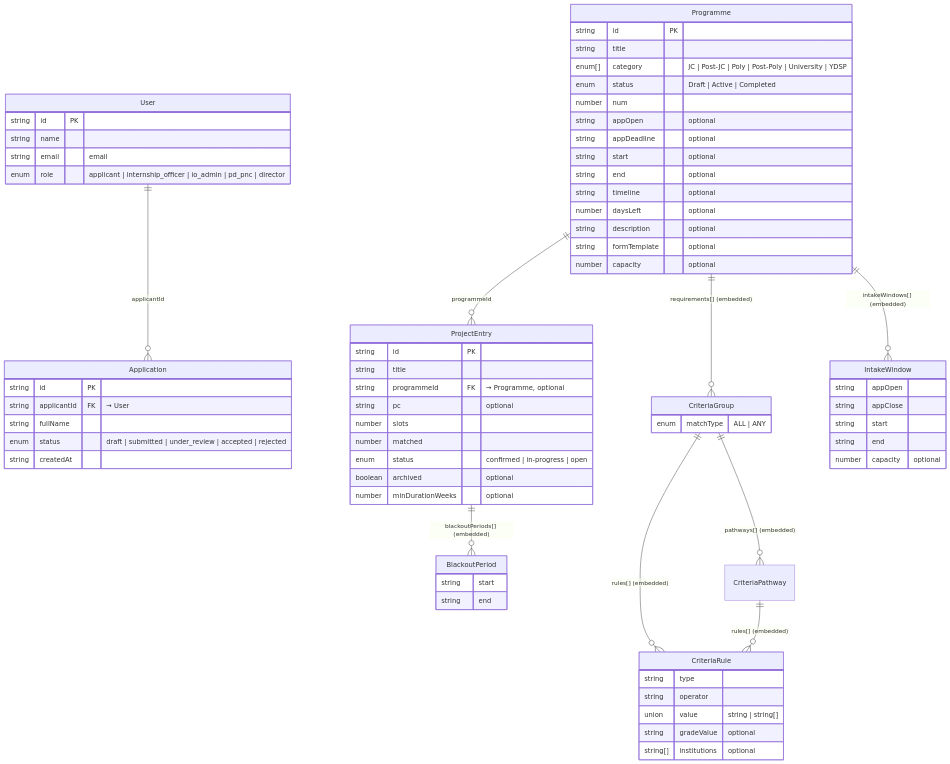
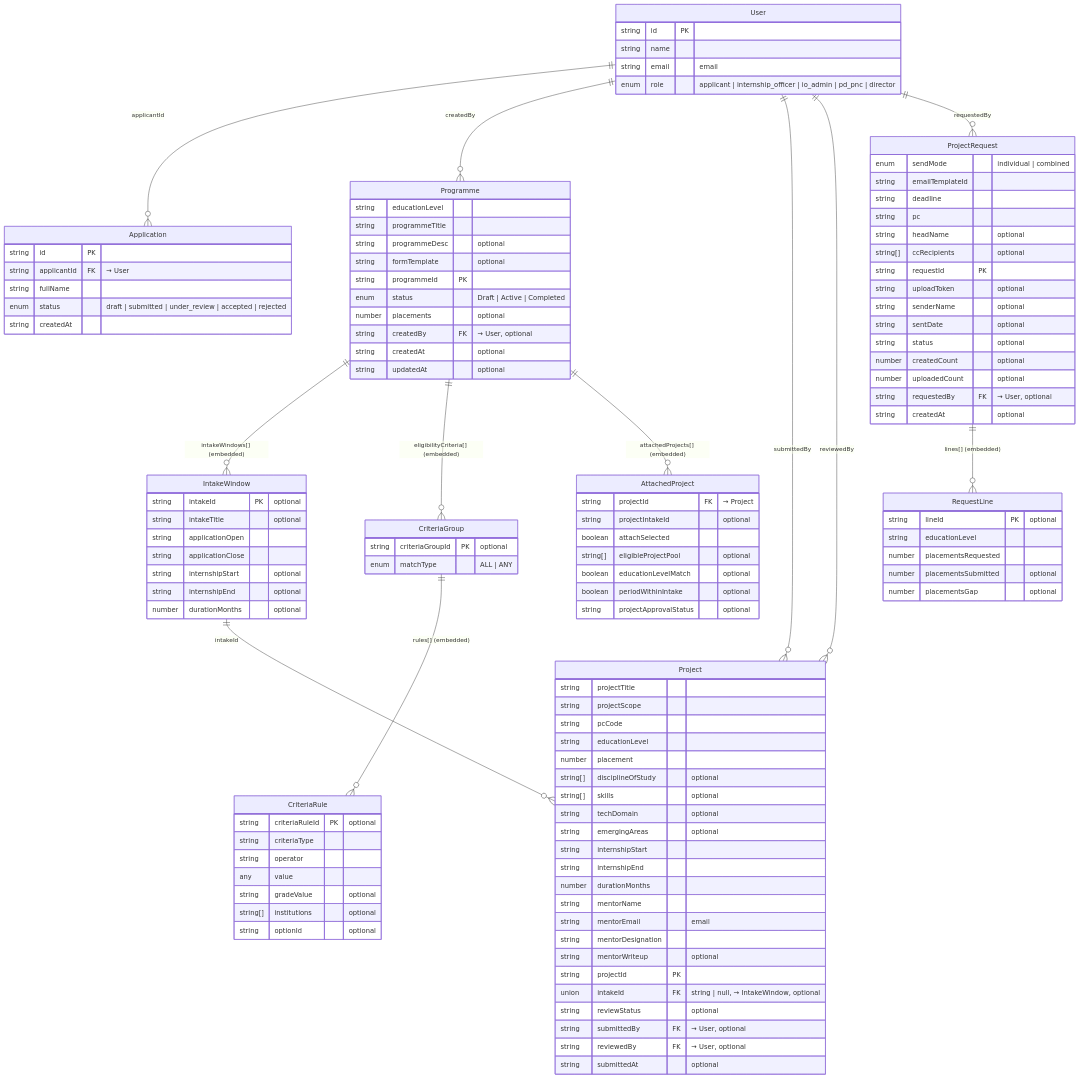
Before and after one commit to ChromeEagle99/toa-internship-prototype: the diagram in docs/data-model.md, drawn with Mermaid. The commit also changed other lines of this file and 1 other file, not shown here.

Commit message:
updated the diagram

````diff
--- a/docs/data-model.md
+++ b/docs/data-model.md
@@ -18,13 +18,16 @@
 ```mermaid
 erDiagram
     User ||--o{ Application : "applicantId"
-    Programme ||--o{ ProjectEntry : "programmeId"
-    Programme ||--o{ CriteriaGroup : "requirements[] (embedded)"
+    User ||--o{ Programme : "createdBy"
+    IntakeWindow ||--o{ Project : "intakeId"
+    User ||--o{ Project : "submittedBy"
+    User ||--o{ Project : "reviewedBy"
+    User ||--o{ ProjectRequest : "requestedBy"
     Programme ||--o{ IntakeWindow : "intakeWindows[] (embedded)"
-    ProjectEntry ||--o{ BlackoutPeriod : "blackoutPeriods[] (embedded)"
+    Programme ||--o{ CriteriaGroup : "eligibilityCriteria[] (embedded)"
+    Programme ||--o{ AttachedProject : "attachedProjects[] (embedded)"
+    ProjectRequest ||--o{ RequestLine : "lines[] (embedded)"
     CriteriaGroup ||--o{ CriteriaRule : "rules[] (embedded)"
-    CriteriaGroup ||--o{ CriteriaPathway : "pathways[] (embedded)"
-    CriteriaPathway ||--o{ CriteriaRule : "rules[] (embedded)"
 
     User {
         string id PK
@@ -40,53 +43,94 @@
         string createdAt
     }
     Programme {
-        string id PK
-        string title
-        enum[] category "JC | Post-JC | Poly | Post-Poly | University | YDSP"
+        string educationLevel
+        string programmeTitle
+        string programmeDesc "optional"
+        string formTemplate "optional"
+        string programmeId PK
         enum status "Draft | Active | Completed"
-        number num
-        string appOpen "optional"
-        string appDeadline "optional"
-        string start "optional"
-        string end "optional"
-        string timeline "optional"
-        number daysLeft "optional"
-        string description "optional"
-        string formTemplate "optional"
-        number capacity "optional"
+        number placements "optional"
+        string createdBy FK "→ User, optional"
+        string createdAt "optional"
+        string updatedAt "optional"
     }
-    ProjectEntry {
-        string id PK
-        string title
-        string programmeId FK "→ Programme, optional"
-        string pc "optional"
-        number slots
-        number matched
-        enum status "confirmed | in-progress | open"
-        boolean archived "optional"
-        number minDurationWeeks "optional"
+    Project {
+        string projectTitle
+        string projectScope
+        string pcCode
+        string educationLevel
+        number placement
+        string[] disciplineOfStudy "optional"
+        string[] skills "optional"
+        string techDomain "optional"
+        string emergingAreas "optional"
+        string internshipStart
+        string internshipEnd
+        number durationMonths
+        string mentorName
+        string mentorEmail "email"
+        string mentorDesignation
+        string mentorWriteup "optional"
+        string projectId PK
+        union intakeId FK "string | null, → IntakeWindow, optional"
+        string reviewStatus "optional"
+        string submittedBy FK "→ User, optional"
+        string reviewedBy FK "→ User, optional"
+        string submittedAt "optional"
+    }
+    ProjectRequest {
+        enum sendMode "individual | combined"
+        string emailTemplateId
+        string deadline
+        string pc
+        string headName "optional"
+        string[] ccRecipients "optional"
+        string requestId PK
+        string uploadToken "optional"
+        string senderName "optional"
+        string sentDate "optional"
+        string status "optional"
+        number createdCount "optional"
+        number uploadedCount "optional"
+        string requestedBy FK "→ User, optional"
+        string createdAt "optional"
     }
     CriteriaGroup {
+        string criteriaGroupId PK "optional"
         enum matchType "ALL | ANY"
     }
-    CriteriaPathway {
-    }
     CriteriaRule {
-        string type
+        string criteriaRuleId PK "optional"
+        string criteriaType
         string operator
-        union value "string | string[]"
+        any value
         string gradeValue "optional"
         string[] institutions "optional"
+        string optionId "optional"
     }
     IntakeWindow {
-        string appOpen
-        string appClose
-        string start
-        string end
-        number capacity "optional"
+        string intakeId PK "optional"
+        string intakeTitle "optional"
+        string applicationOpen
+        string applicationClose
+        string internshipStart "optional"
+        string internshipEnd "optional"
+        number durationMonths "optional"
     }
-    BlackoutPeriod {
-        string start
-        string end
+    AttachedProject {
+        string projectId FK "→ Project"
+        string projectIntakeId "optional"
+        boolean attachSelected
+        string[] eligibleProjectPool "optional"
+        boolean educationLevelMatch "optional"
+        boolean periodWithinIntake "optional"
+        string projectApprovalStatus "optional"
+    }
+    RequestLine {
+        string lineId PK "optional"
+        string educationLevel
+        number placementsRequested
+        number placementsSubmitted "optional"
+        number placementsGap "optional"
     }
 ```
````
